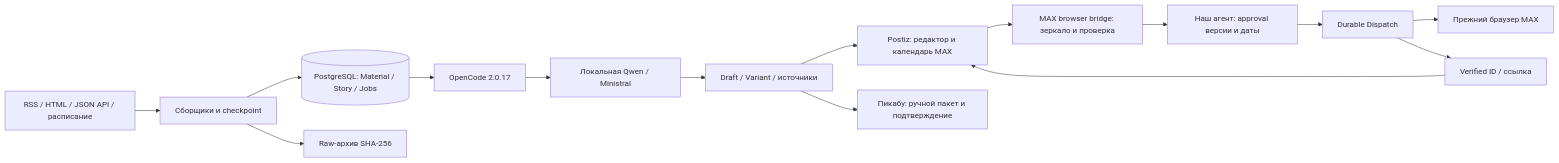
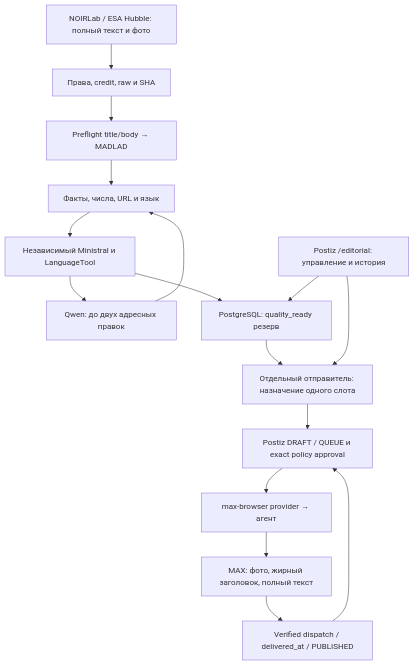
The diagram in docs/ARCHITECTURE.md (vovkmic-wq/max-postiz-editorial), drawn with Mermaid before and after one commit. The commit also changed other lines of this file and 43 other files, not shown here.

````diff
--- a/docs/ARCHITECTURE.md
+++ b/docs/ARCHITECTURE.md
@@ -2,17 +5,18 @@
 ```mermaid
-flowchart LR
-  R[RSS / HTML / JSON API / расписание] --> C[Сборщики и checkpoint]
-  C --> P[(PostgreSQL: Material / Story / Jobs)]
-  C --> A[Raw-архив SHA-256]
-  P --> O[OpenCode 2.0.17]
-  O --> L[Локальная Qwen / Ministral]
-  L --> D[Draft / Variant / источники]
-  D --> Z[Postiz: редактор и календарь MAX]
-  Z --> B[MAX browser bridge: зеркало и проверка]
-  B --> H[Наш агент: approval версии и даты]
-  H --> Q[Durable Dispatch]
-  Q --> M[Прежний браузер MAX]
-  Q --> S[Verified ID / ссылка]
-  S --> Z
-  D --> K[Пикабу: ручной пакет и подтверждение]
+flowchart TD
+  S["NOIRLab / ESA Hubble: полный текст и фото"] --> R["Права, credit, raw и SHA"]
+  R --> T["Preflight title/body → MADLAD"]
+  T --> G["Факты, числа, URL и язык"]
+  G --> V["Независимый Ministral и LanguageTool"]
+  V --> K["Qwen: до двух адресных правок"]
+  K --> G
+  V --> Q["PostgreSQL: quality_ready резерв"]
+  Q --> D["Отдельный отправитель: назначение одного слота"]
+  D --> P["Postiz DRAFT / QUEUE и exact policy approval"]
+  P --> B["max-browser provider → агент"]
+  B --> M["MAX: фото, жирный заголовок, полный текст"]
+  M --> E["Verified dispatch / delivered_at / PUBLISHED"]
+  E --> P
+  U["Postiz /editorial: управление и история"] --> D
+  U --> Q
 ```
````
